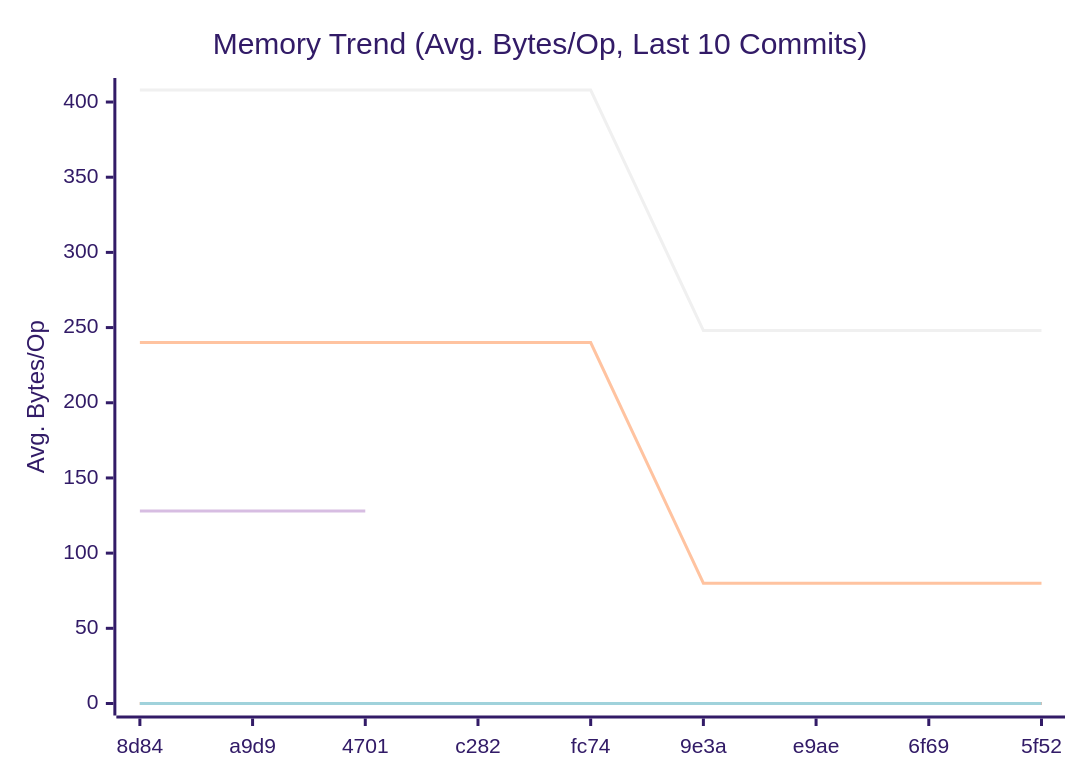
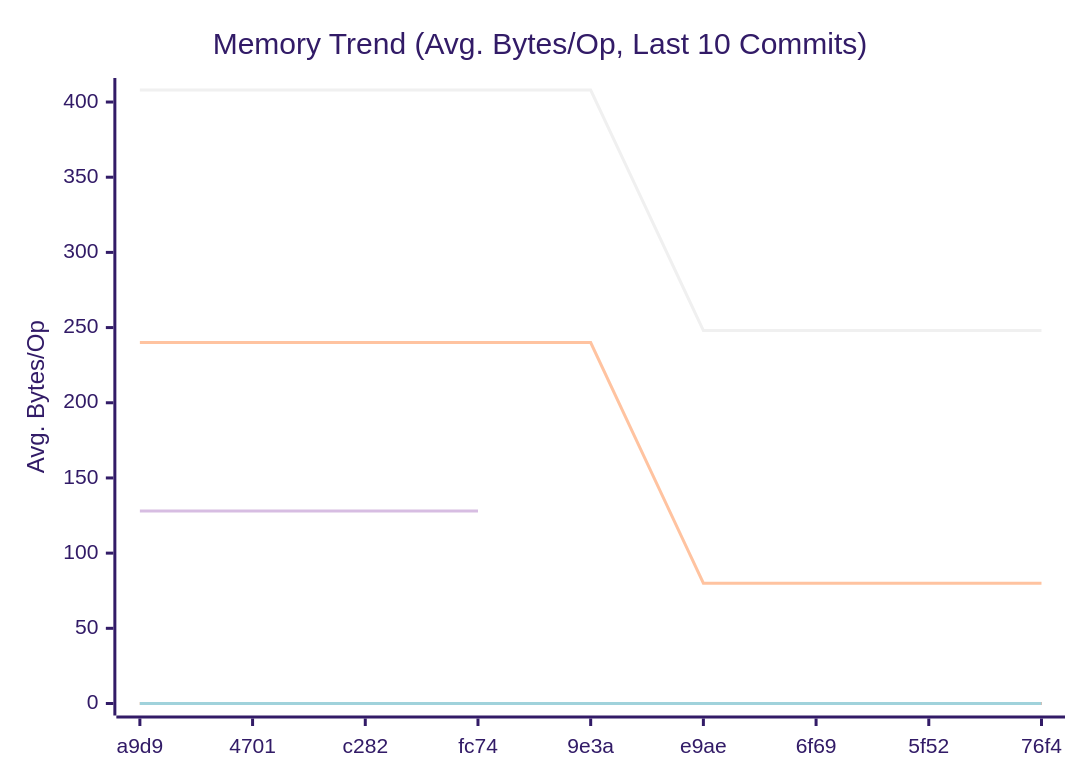
One commit to alsotoes/momo changed the second of 3 diagrams in doc/README.md. Above: the diagram before and after it, drawn with Mermaid (forest theme). The commit also changed other lines of this file and 1 other file, not shown here.

````diff
--- a/doc/README.md
+++ b/doc/README.md
@@ -307,13 +307,13 @@
 ```mermaid
 xychart-beta
     title "Memory Trend (Avg. Bytes/Op, Last 10 Commits)"
     x-axis "Commit"
     y-axis "Avg. Bytes/Op"
-    x-axis [8d84,a9d9,4701,c282,fc74,9e3a,e9ae,6f69,5f52]
+    x-axis [a9d9,4701,c282,fc74,9e3a,e9ae,6f69,5f52,76f4]
     line "CheckMetricsAndSwap" [0,0,0,0,0,0,0,0,0,0]
     line "IndexDirectTracking" [0,0,0,0,0,0,0,0,0,0]
     line "IndexSearch" [0,0,0,0,0,0,0,0,0,0]
-    line "PadString" [128,128,128]
+    line "PadString" [128,128,128,128]
     line "ParseReplicationOrder_NoPrealloc" [408,408,408,408,408,248,248,248,248,248]
     line "ParseReplicationOrder_Prealloc" [240,240,240,240,240,80,80,80,80,80]
 ```
````
